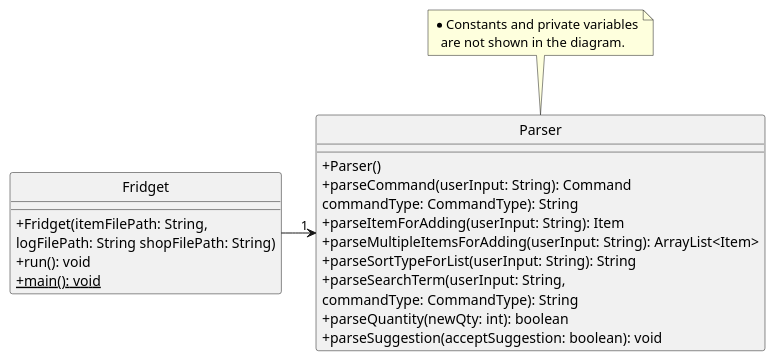
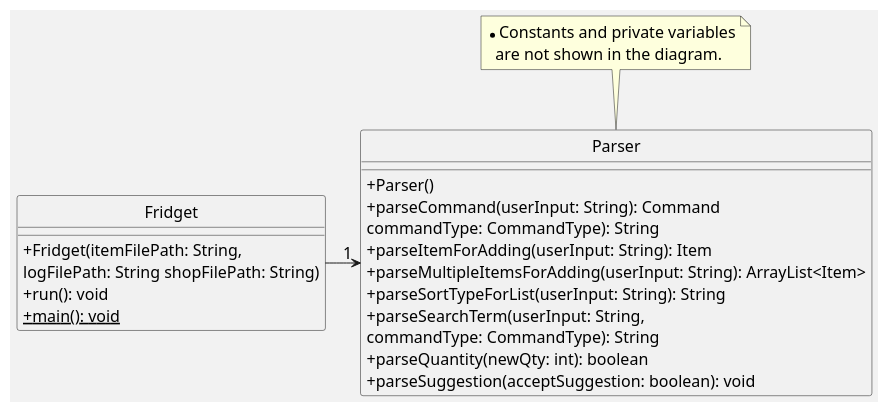
Before and after one commit to uosjapuelks/tp: the diagram in docs/pumlFiles/FridgetToParser.puml, drawn with PlantUML. The commit also changed 1 other file, not shown here.

Commit message:
Fix Fridget to Parser class diagram

```diff
--- a/docs/pumlFiles/FridgetToParser.puml
+++ b/docs/pumlFiles/FridgetToParser.puml
@@ -1,32 +1,34 @@
 @startuml
 hide circle
+skinparam backgroundColor #f2f2f2
+skinparam defaultFontSize 16
 skinparam classAttributeIconSize 0
 
 Fridget -> "1" Parser
 
 class Fridget {
 +Fridget(itemFilePath: String,
 logFilePath: String shopFilePath: String)
 +run(): void
 +{static}main(): void
 }
 
 note top of Parser
 * Constants and private variables
   are not shown in the diagram.
 end note
 
 class Parser {
 +Parser()
 +parseCommand(userInput: String): Command
 commandType: CommandType): String
 +parseItemForAdding(userInput: String): Item
 +parseMultipleItemsForAdding(userInput: String): ArrayList<Item>
 +parseSortTypeForList(userInput: String): String
 +parseSearchTerm(userInput: String,
 commandType: CommandType): String
 +parseQuantity(newQty: int): boolean
 +parseSuggestion(acceptSuggestion: boolean): void
 }
 
 @enduml
```
